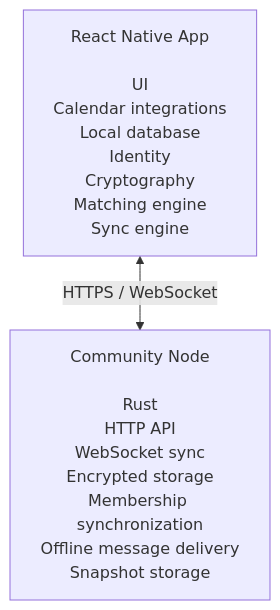
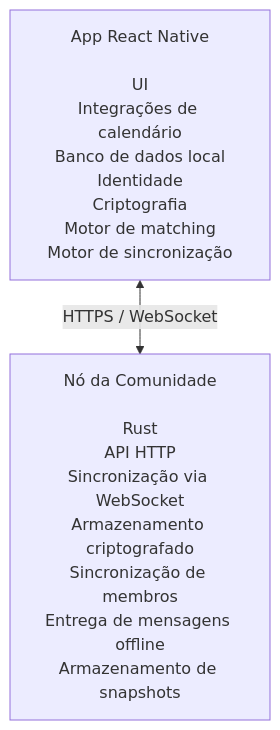
Before and after one commit to hugobessa/vamo-virar: the fourth of 21 diagrams in docs/architecture.md, drawn with Mermaid. The commit also changed other lines of this file and 30 other files, not shown here.

````diff
--- a/docs/architecture.md
+++ b/docs/architecture.md
@@ -128,6 +128,6 @@
 ```mermaid
 flowchart TD
-    APP[React Native App<br/><br/>UI<br/>Calendar integrations<br/>Local database<br/>Identity<br/>Cryptography<br/>Matching engine<br/>Sync engine]
-    NODE[Community Node<br/><br/>Rust<br/>HTTP API<br/>WebSocket sync<br/>Encrypted storage<br/>Membership synchronization<br/>Offline message delivery<br/>Snapshot storage]
+    APP[App React Native<br/><br/>UI<br/>Integrações de calendário<br/>Banco de dados local<br/>Identidade<br/>Criptografia<br/>Motor de matching<br/>Motor de sincronização]
+    NODE[Nó da Comunidade<br/><br/>Rust<br/>API HTTP<br/>Sincronização via WebSocket<br/>Armazenamento criptografado<br/>Sincronização de membros<br/>Entrega de mensagens offline<br/>Armazenamento de snapshots]
     APP <-->|HTTPS / WebSocket| NODE
 ```
````
